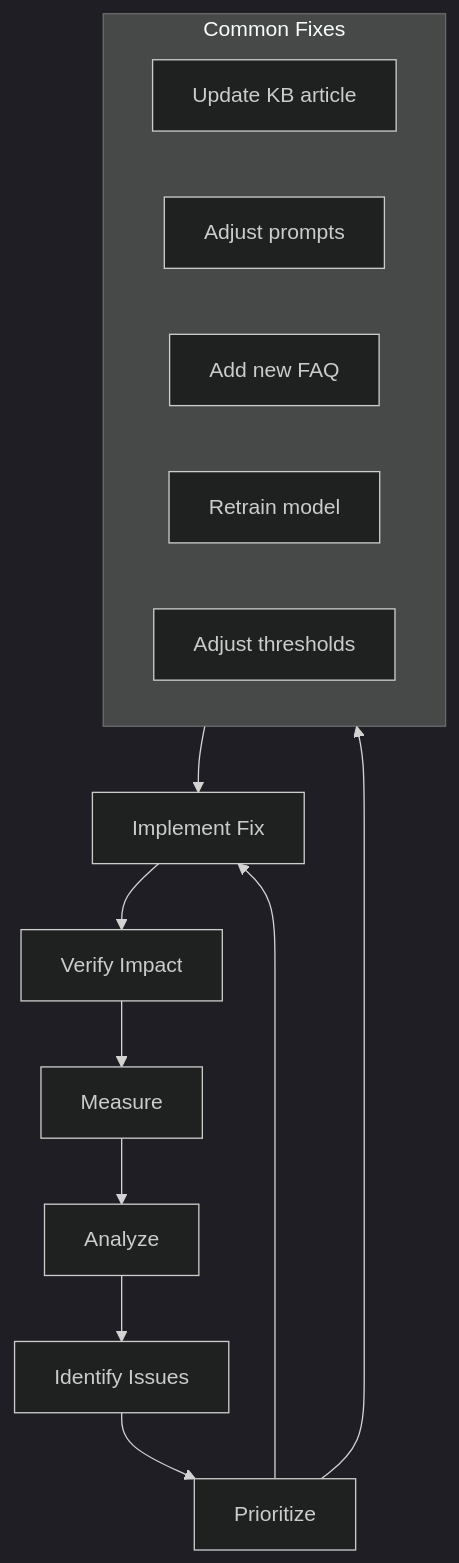
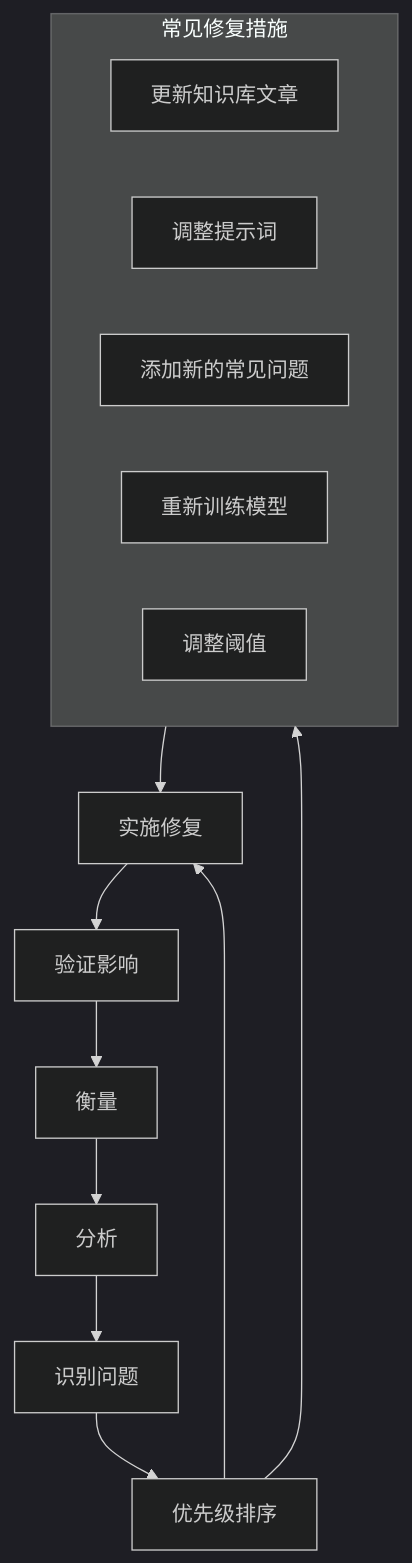
The third of 3 diagrams in i18n/zh/docusaurus-plugin-content-docs/current/12-monitoring-eval.md (stars-labs/ai-driven-customer-service), drawn with Mermaid (dark theme) before and after one commit. The commit also changed other lines of this file and 15 other files, not shown here.

````diff
--- a/i18n/zh/docusaurus-plugin-content-docs/current/12-monitoring-eval.md
+++ b/i18n/zh/docusaurus-plugin-content-docs/current/12-monitoring-eval.md
@@ -277,20 +277,20 @@
 ```mermaid
 flowchart TB
-    M[Measure] --> A[Analyze]
-    A --> I[Identify Issues]
-    I --> P[Prioritize]
-    P --> Fix[Implement Fix]
-    Fix --> V[Verify Impact]
+    M[衡量] --> A[分析]
+    A --> I[识别问题]
+    I --> P[优先级排序]
+    P --> Fix[实施修复]
+    Fix --> V[验证影响]
     V --> M
 
-    subgraph Fixes["Common Fixes"]
-        F1[Update KB article]
-        F2[Adjust prompts]
-        F3[Add new FAQ]
-        F4[Retrain model]
-        F5[Adjust thresholds]
+    subgraph Fixes["常见修复措施"]
+        F1[更新知识库文章]
+        F2[调整提示词]
+        F3[添加新的常见问题]
+        F4[重新训练模型]
+        F5[调整阈值]
     end
 
     P --> Fixes
     Fixes --> Fix
 ```
````
